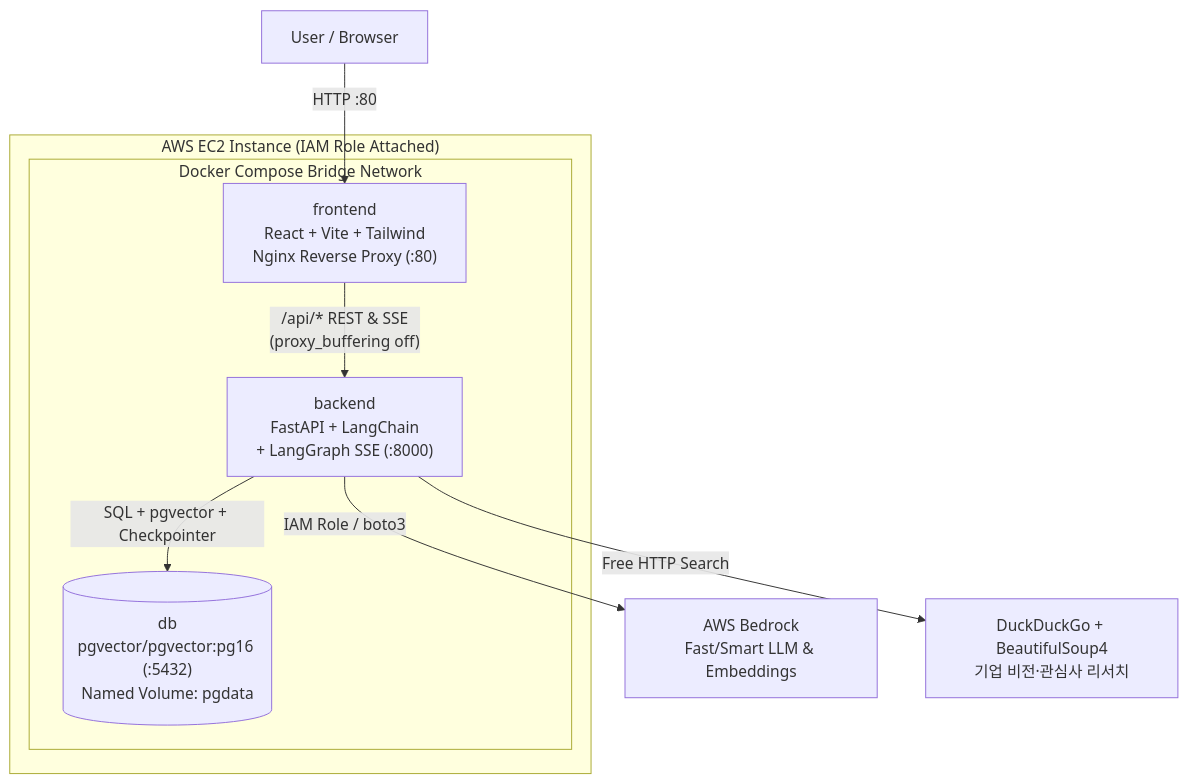
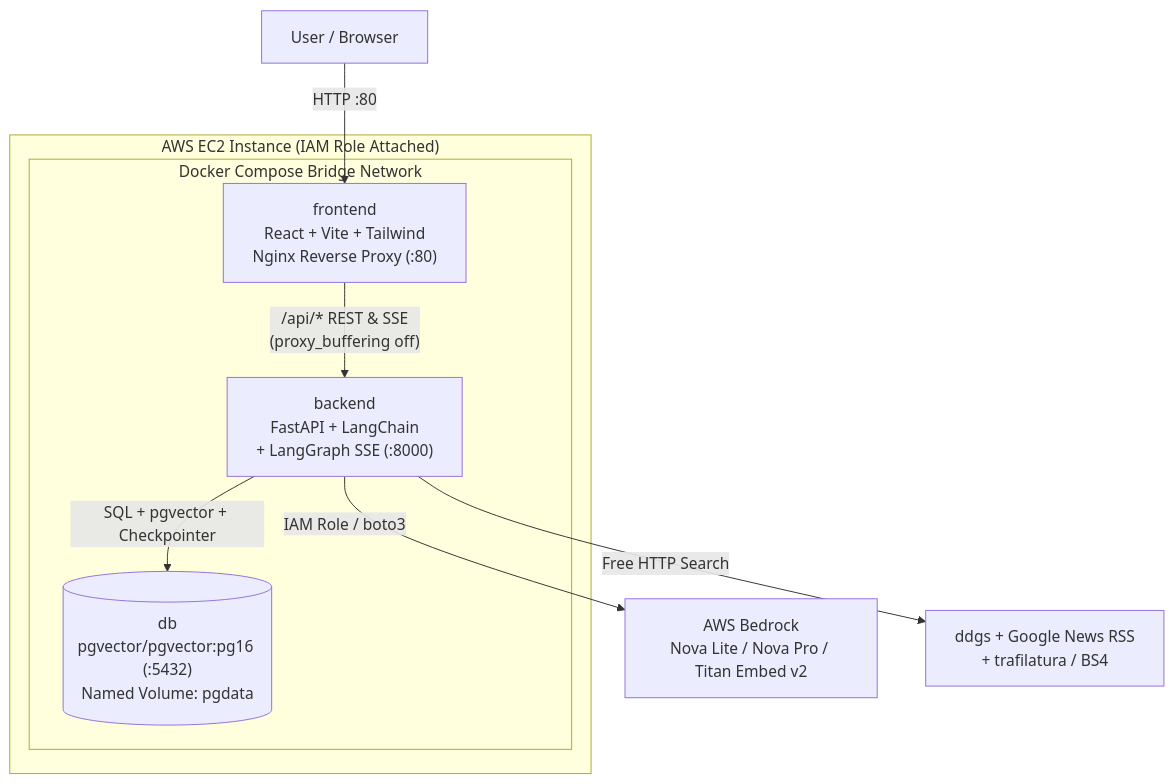
The first of 4 diagrams in ARCHITECTURE.md (KASOP0306/write-on-vibe-lab), drawn with Mermaid before and after one commit. The commit also changed other lines of this file and 3 other files, not shown here.

Commit message:
docs: update README, ARCHITECTURE, WORKFLOWS, and DEPLOY_EC2 to latest 7-page architecture

````diff
--- a/ARCHITECTURE.md
+++ b/ARCHITECTURE.md
@@ -20,17 +20,17 @@
 ```mermaid
 flowchart TB
     User["User / Browser"] -->|"HTTP :80"| Frontend
 
     subgraph EC2["AWS EC2 Instance (IAM Role Attached)"]
         subgraph Compose["Docker Compose Bridge Network"]
             Frontend["frontend\nReact + Vite + Tailwind\nNginx Reverse Proxy (:80)"]
             Backend["backend\nFastAPI + LangChain\n+ LangGraph SSE (:8000)"]
             DB[("db\npgvector/pgvector:pg16 (:5432)\nNamed Volume: pgdata")]
         end
     end
 
     Frontend -->|"/api/* REST & SSE\n(proxy_buffering off)"| Backend
     Backend -->|"SQL + pgvector + Checkpointer"| DB
-    Backend -->|"IAM Role / boto3"| Bedrock["AWS Bedrock\nFast/Smart LLM & Embeddings"]
-    Backend -->|"Free HTTP Search"| Web["DuckDuckGo + BeautifulSoup4\n기업 비전·관심사 리서치"]
+    Backend -->|"IAM Role / boto3"| Bedrock["AWS Bedrock\nNova Lite / Nova Pro / Titan Embed v2"]
+    Backend -->|"Free HTTP Search"| Web["ddgs + Google News RSS\n+ trafilatura / BS4"]
 ```
````
